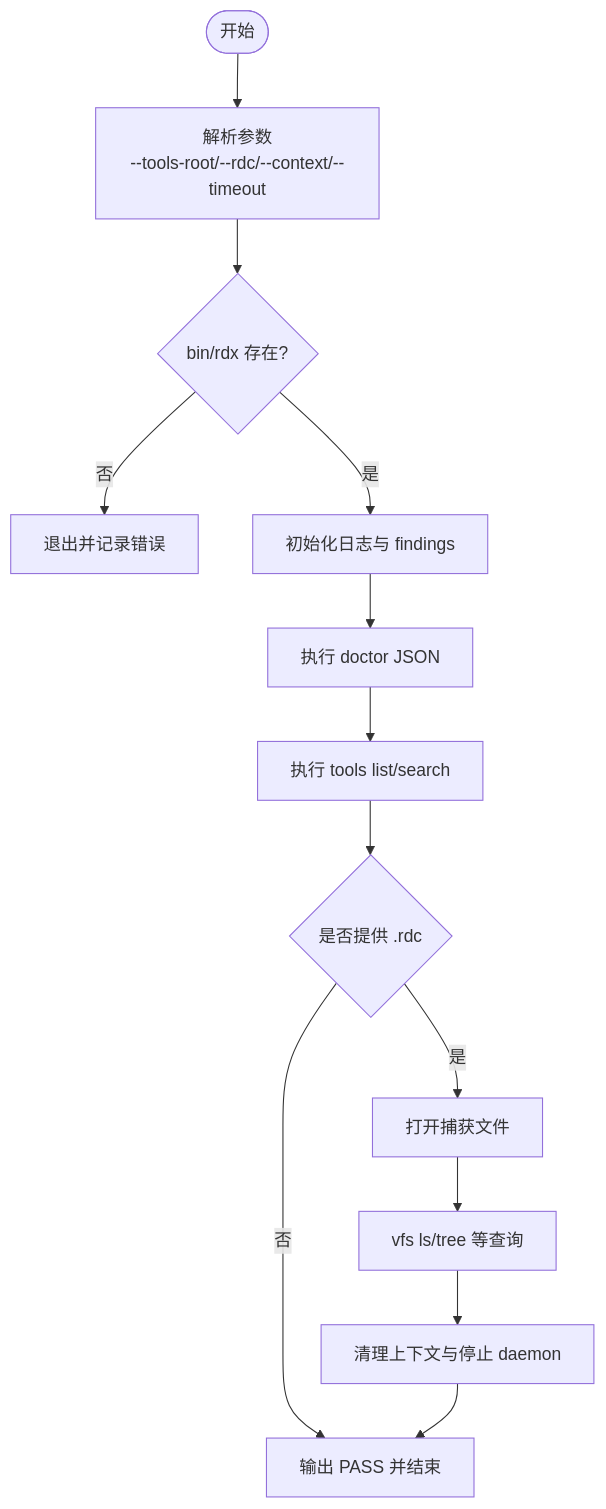
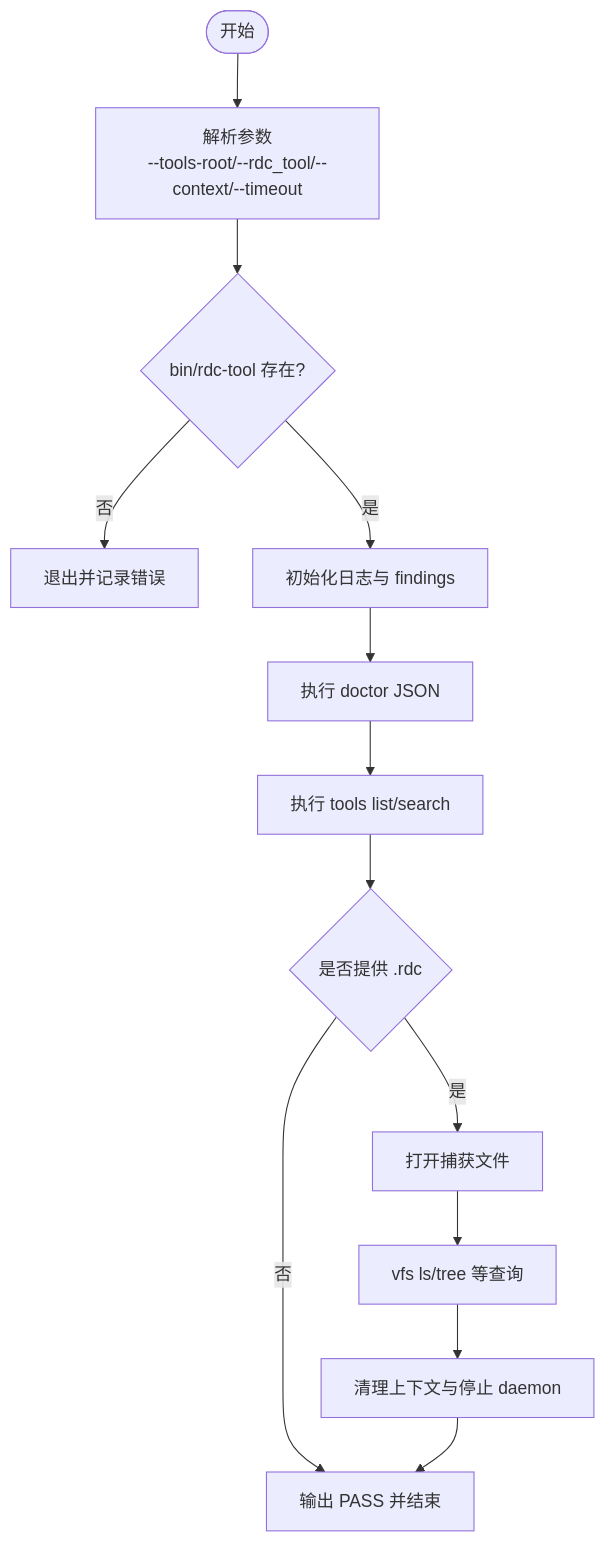
One commit to haolange/RDC-Tool changed the third of 6 diagrams in .qoder/repowiki/zh/content/开发指南/测试策略/测试自动化.md. Above: the diagram before and after it, drawn with Mermaid. The commit also changed other lines of this file and 388 other files, not shown here.

First line of the commit message:
Release RDC-Tool identity and public maintenance surface

````diff
--- a/.qoder/repowiki/zh/content/开发指南/测试策略/测试自动化.md
+++ b/.qoder/repowiki/zh/content/开发指南/测试策略/测试自动化.md
@@ -150,15 +150,15 @@
 ```mermaid
 flowchart TD
-Start(["开始"]) --> Parse["解析参数<br/>--tools-root/--rdc/--context/--timeout"]
-Parse --> CheckRDX{"bin/rdx 存在?"}
-CheckRDX --> |否| ExitErr["退出并记录错误"]
-CheckRDX --> |是| InitLogs["初始化日志与 findings"]
+Start(["开始"]) --> Parse["解析参数<br/>--tools-root/--rdc_tool/--context/--timeout"]
+Parse --> CheckRDC{"bin/rdc-tool 存在?"}
+CheckRDC --> |否| ExitErr["退出并记录错误"]
+CheckRDC --> |是| InitLogs["初始化日志与 findings"]
 InitLogs --> RunDoctor["执行 doctor JSON"]
 RunDoctor --> RunTools["执行 tools list/search"]
 RunTools --> HasRdc{"是否提供 .rdc"}
 HasRdc --> |否| EndPass["输出 PASS 并结束"]
 HasRdc --> |是| OpenCapture["打开捕获文件"]
 OpenCapture --> VfsOps["vfs ls/tree 等查询"]
 VfsOps --> Cleanup["清理上下文与停止 daemon"]
 Cleanup --> EndPass
 ```
````
